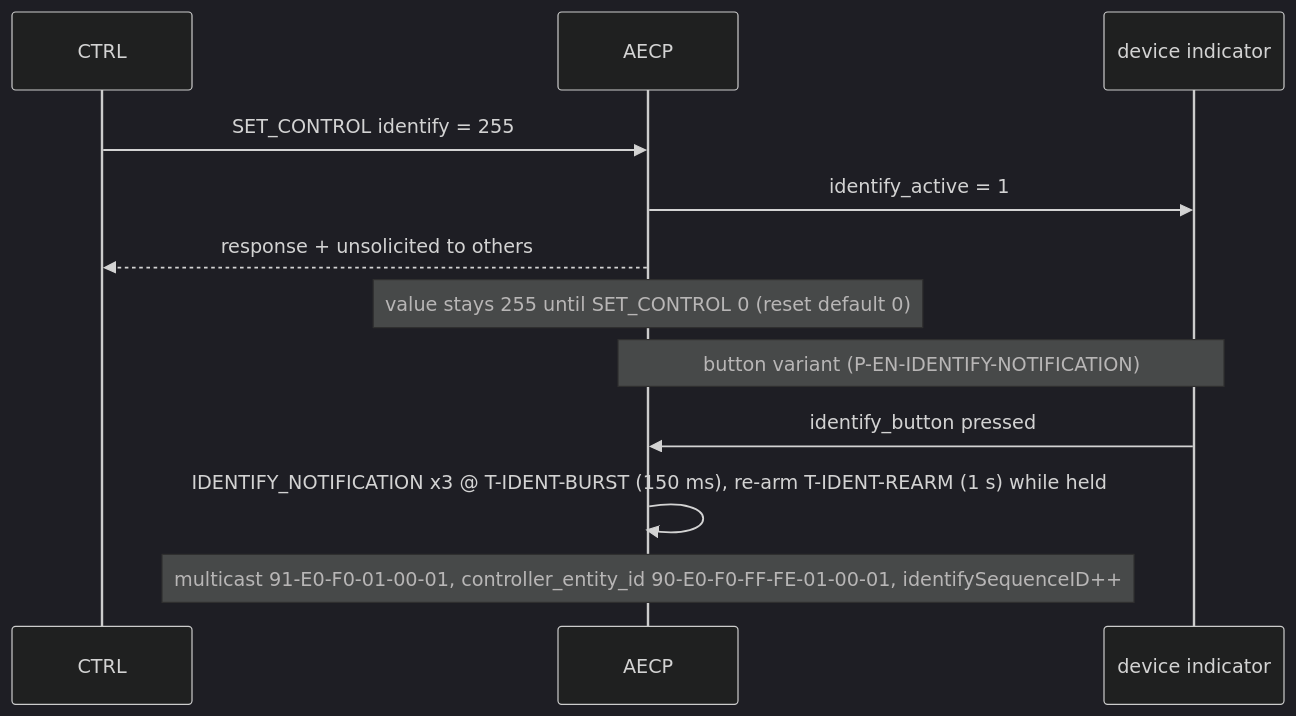
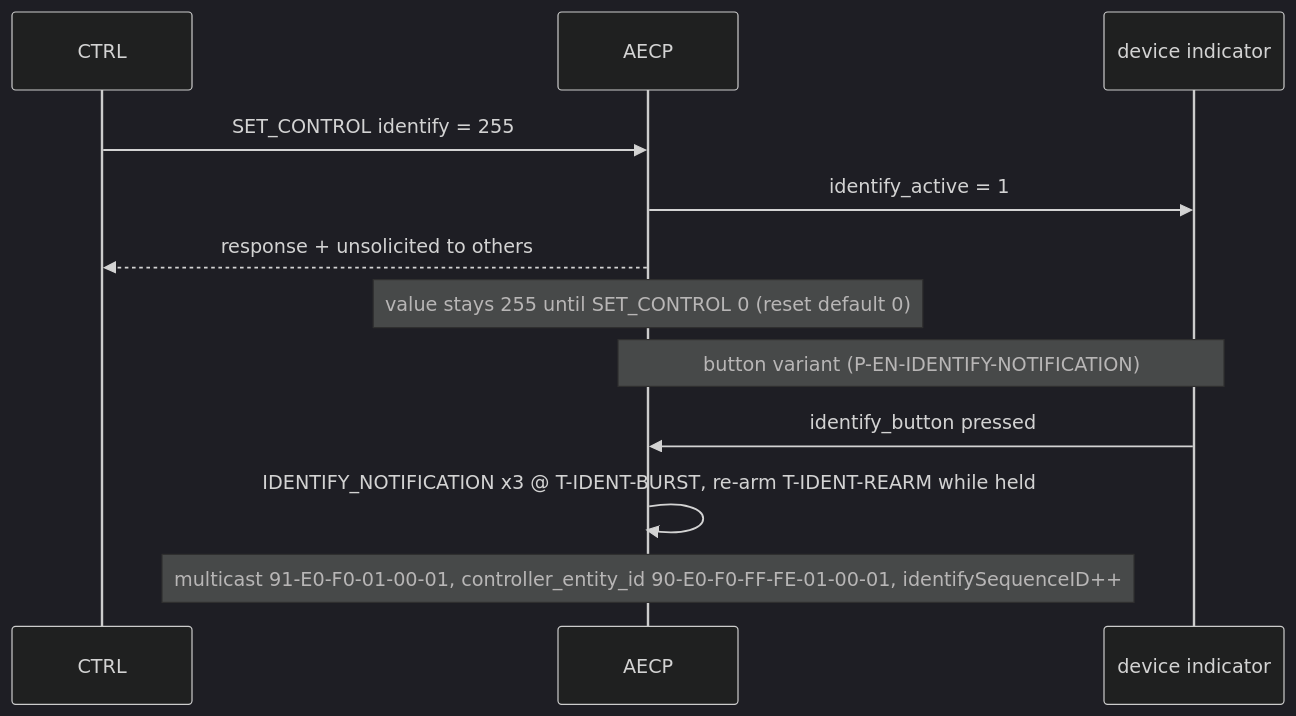
One commit to Mister-M-alt/protocol-processor-control-plane-avb-milan changed the eighth of 8 diagrams in docs/architecture/06_aecp_engine.md. Above: the diagram before and after it, drawn with Mermaid (dark theme). The commit also changed other lines of this file and 13 other files, not shown here.

````diff
--- a/docs/architecture/06_aecp_engine.md
+++ b/docs/architecture/06_aecp_engine.md
@@ -432,14 +431,14 @@
 ```mermaid
 sequenceDiagram
     participant CTRL
     participant AECP
     participant DEV as device indicator
     CTRL->>AECP: SET_CONTROL identify = 255
     AECP->>DEV: identify_active = 1
     AECP-->>CTRL: response + unsolicited to others
     Note over AECP: value stays 255 until SET_CONTROL 0 (reset default 0)
     Note over AECP,DEV: button variant (P-EN-IDENTIFY-NOTIFICATION)
     DEV->>AECP: identify_button pressed
-    AECP->>AECP: IDENTIFY_NOTIFICATION x3 @ T-IDENT-BURST (150 ms), re-arm T-IDENT-REARM (1 s) while held
+    AECP->>AECP: IDENTIFY_NOTIFICATION x3 @ T-IDENT-BURST, re-arm T-IDENT-REARM while held
     Note over AECP: multicast 91-E0-F0-01-00-01, controller_entity_id 90-E0-F0-FF-FE-01-00-01, identifySequenceID++
 ```
````
